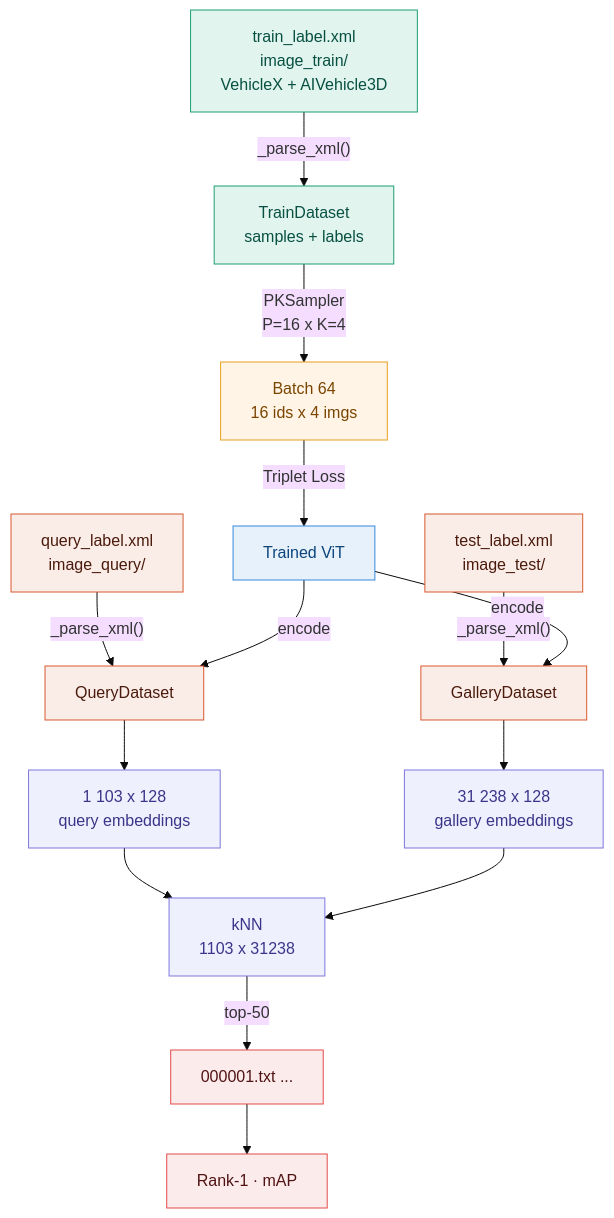
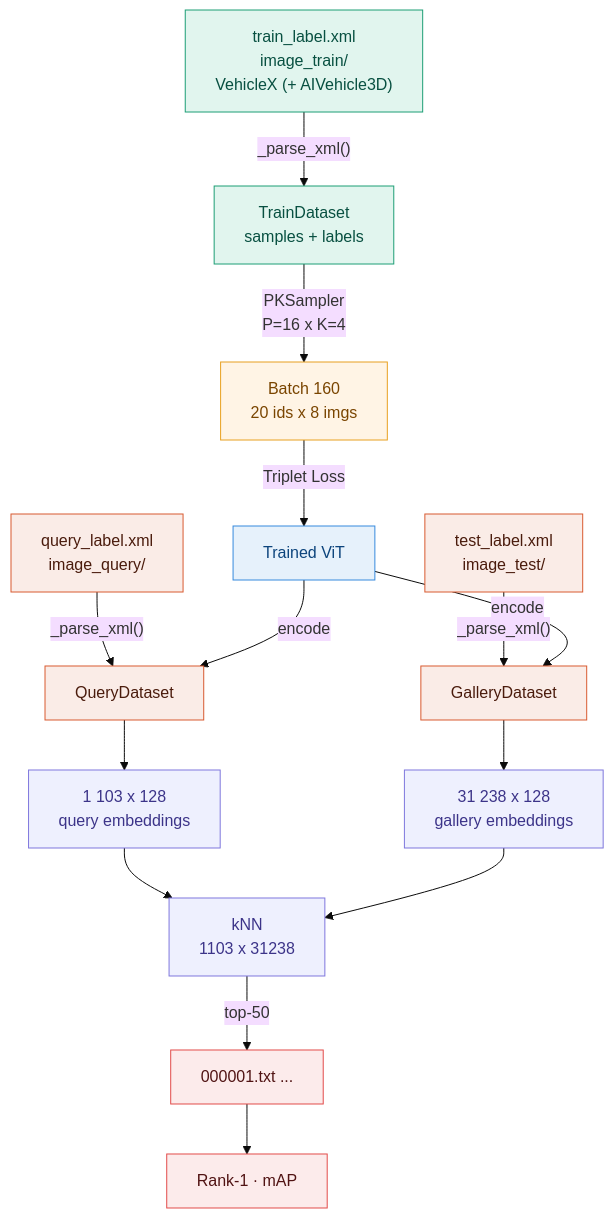
Before and after one commit to Volvert/INFO8010-DeepLearing: the first of 2 diagrams in README.md, drawn with Mermaid (base theme). The commit also changed other lines of this file, not shown here.

First line of the commit message:
Update dataset details and architecture motivation

````diff
--- a/README.md
+++ b/README.md
@@ -100,35 +101,35 @@
 ```mermaid
 flowchart TD
-    A["train_label.xml\n image_train/\n VehicleX + AIVehicle3D"] -->|"_parse_xml()"| B["TrainDataset\n samples + labels"]
-    B -->|"PKSampler\n P=16 x K=4"| C["Batch 64\n 16 ids x 4 imgs"]
+    A["train_label.xml\n image_train/\n VehicleX (+ AIVehicle3D)"] -->|"_parse_xml()"| B["TrainDataset\n samples + labels"]
+    B -->|"PKSampler\n P=16 x K=4"| C["Batch 160\n 20 ids x 8 imgs"]
     C -->|"Triplet Loss"| D["Trained ViT"]
  
     E["query_label.xml\n image_query/"] -->|"_parse_xml()"| F["QueryDataset"]
     G["test_label.xml\n image_test/"] -->|"_parse_xml()"| H["GalleryDataset"]
  
     D -->|"encode"| F
     D -->|"encode"| H
  
     F --> I["1 103 x 128 \n query embeddings"]
     H --> J["31 238 x 128 \n gallery embeddings"]
  
     I --> K["kNN\n1103 x 31238"]
     J --> K
  
     K -->|"top-50"| L["000001.txt ..."]
     L --> M["Rank-1 · mAP"]
  
     style A fill:#E1F5EE,stroke:#1D9E75,color:#085041
     style B fill:#E1F5EE,stroke:#1D9E75,color:#085041
     style C fill:#FFF4E5,stroke:#E8A020,color:#7A4500
     style D fill:#E6F1FB,stroke:#378ADD,color:#0C447C
     style E fill:#FAECE7,stroke:#D85A30,color:#4A1B0C
     style F fill:#FAECE7,stroke:#D85A30,color:#4A1B0C
     style G fill:#FAECE7,stroke:#D85A30,color:#4A1B0C
     style H fill:#FAECE7,stroke:#D85A30,color:#4A1B0C
     style I fill:#EEF0FE,stroke:#7F77DD,color:#3C3489
     style J fill:#EEF0FE,stroke:#7F77DD,color:#3C3489
     style K fill:#EEF0FE,stroke:#7F77DD,color:#3C3489
     style L fill:#FCEBEB,stroke:#E24B4A,color:#501313
     style M fill:#FCEBEB,stroke:#E24B4A,color:#501313
 ```
````
